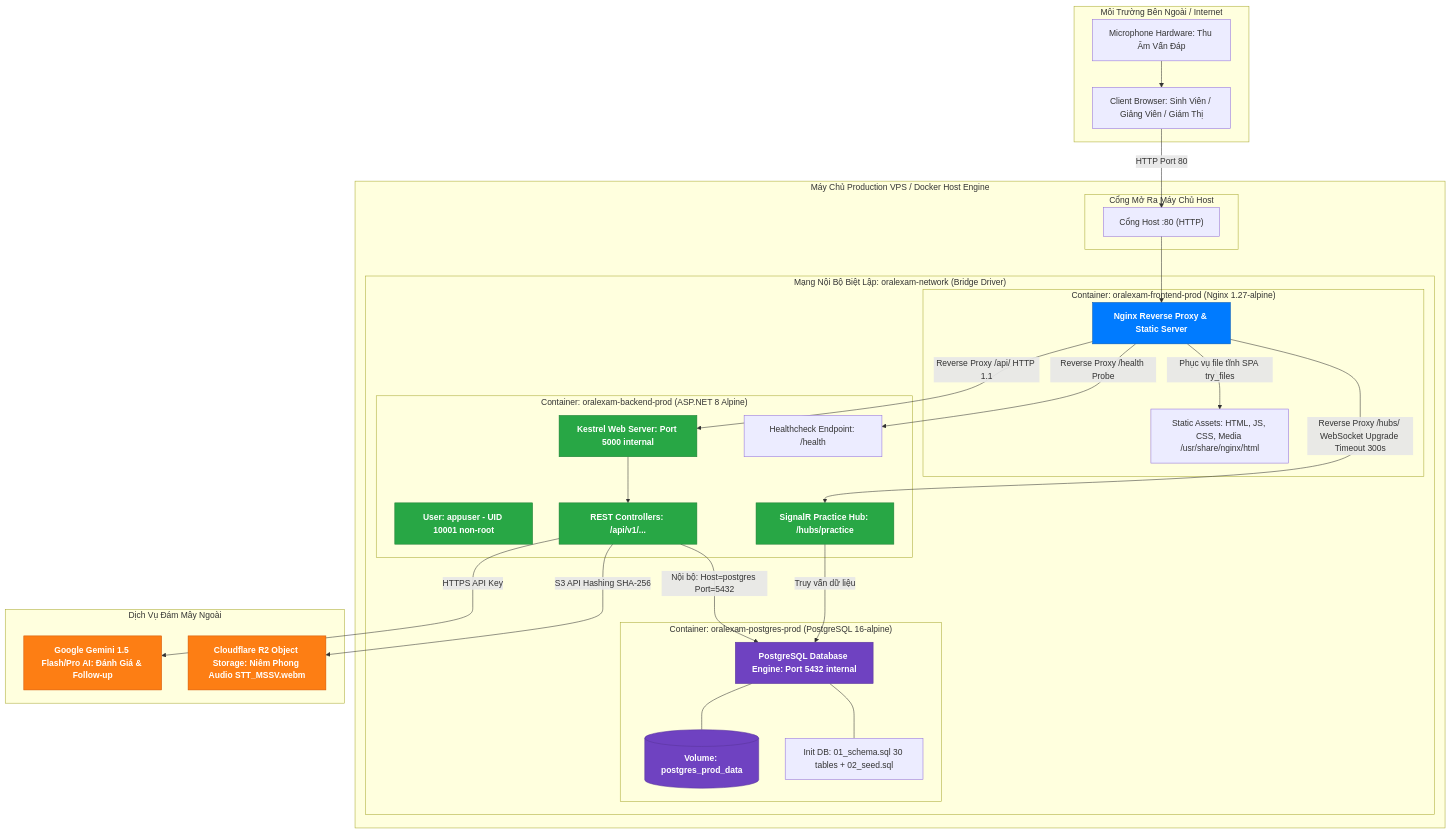
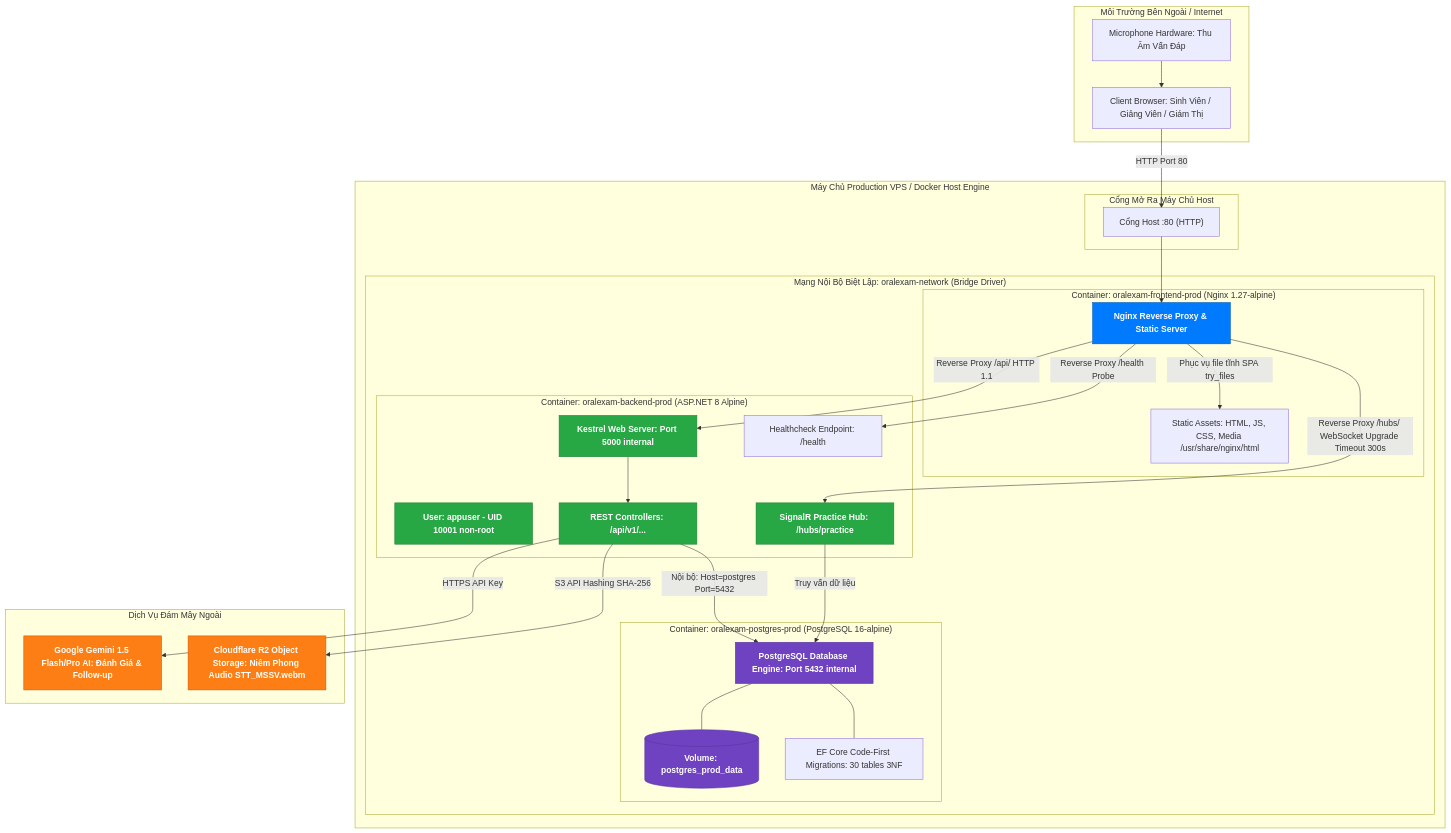
One commit to An-LLM-based-Oral-Examination/oral-exam-system changed the third of 3 diagrams in docs/04_devops_and_workflow/CICD_AND_DEVOPS_GUIDE.md. Above: the diagram before and after it, drawn with Mermaid. The commit also changed 17 other files, not shown here.

Commit message:
refactor(db): remove legacy SQL scripts and migrate all tests to EF Core Code-First

````diff
--- a/docs/04_devops_and_workflow/CICD_AND_DEVOPS_GUIDE.md
+++ b/docs/04_devops_and_workflow/CICD_AND_DEVOPS_GUIDE.md
@@ -181,67 +181,67 @@
 ```mermaid
 graph TB
     subgraph Internet_Zone [Môi Trường Bên Ngoài / Internet]
         Browser[Client Browser: Sinh Viên / Giảng Viên / Giám Thị]
         Mic[Microphone Hardware: Thu Âm Vấn Đáp]
     end
 
     subgraph Host_Machine [Máy Chủ Production VPS / Docker Host Engine]
         subgraph Ports_Mapping [Cổng Mở Ra Máy Chủ Host]
             HostPort80["Cổng Host :80 (HTTP)"]
         end
 
         subgraph Docker_Network ["Mạng Nội Bộ Biệt Lập: oralexam-network (Bridge Driver)"]
             subgraph Container_Frontend ["Container: oralexam-frontend-prod (Nginx 1.27-alpine)"]
                 NginxEdge[Nginx Reverse Proxy & Static Server]
                 SPAFiles[Static Assets: HTML, JS, CSS, Media /usr/share/nginx/html]
             end
 
             subgraph Container_Backend ["Container: oralexam-backend-prod (ASP.NET 8 Alpine)"]
                 AppUser[User: appuser - UID 10001 non-root]
                 Kestrel[Kestrel Web Server: Port 5000 internal]
                 SignalRHub[SignalR Practice Hub: /hubs/practice]
                 RestControllers[REST Controllers: /api/v1/...]
                 HealthProbe[Healthcheck Endpoint: /health]
             end
 
             subgraph Container_Database ["Container: oralexam-postgres-prod (PostgreSQL 16-alpine)"]
                 PGServer[PostgreSQL Database Engine: Port 5432 internal]
                 PGData[(Volume: postgres_prod_data)]
-                InitScripts[Init DB: 01_schema.sql 30 tables + 02_seed.sql]
+                EFCoreMigrations[EF Core Code-First Migrations: 30 tables 3NF]
             end
         end
     end
 
     subgraph External_Cloud [Dịch Vụ Đám Mây Ngoài]
         CloudGemini[Google Gemini 1.5 Flash/Pro AI: Đánh Giá & Follow-up]
         CloudR2[Cloudflare R2 Object Storage: Niêm Phong Audio STT_MSSV.webm]
     end
 
     Browser -->|HTTP Port 80| HostPort80
     Mic --> Browser
     HostPort80 --> NginxEdge
 
     NginxEdge -->|Phục vụ file tĩnh SPA try_files| SPAFiles
     NginxEdge -->|Reverse Proxy /api/ HTTP 1.1| Kestrel
     NginxEdge -->|Reverse Proxy /hubs/ WebSocket Upgrade Timeout 300s| SignalRHub
     NginxEdge -->|Reverse Proxy /health Probe| HealthProbe
 
     Kestrel --> RestControllers
     RestControllers -->|Nội bộ: Host=postgres Port=5432| PGServer
     SignalRHub -->|Truy vấn dữ liệu| PGServer
     PGServer --- PGData
-    PGServer --- InitScripts
+    PGServer --- EFCoreMigrations
 
     RestControllers -->|HTTPS API Key| CloudGemini
     RestControllers -->|S3 API Hashing SHA-256| CloudR2
 
     classDef edgeStyle fill:#007bff,stroke:#0056b3,color:#ffffff,font-weight:bold;
     classDef beStyle fill:#28a745,stroke:#1e7e34,color:#ffffff,font-weight:bold;
     classDef dbStyle fill:#6f42c1,stroke:#59359a,color:#ffffff,font-weight:bold;
     classDef cloudStyle fill:#fd7e14,stroke:#d35400,color:#ffffff,font-weight:bold;
 
     class NginxEdge edgeStyle;
     class Kestrel,SignalRHub,RestControllers,AppUser beStyle;
     class PGServer,PGData dbStyle;
     class CloudGemini,CloudR2 cloudStyle;
 ```
````
